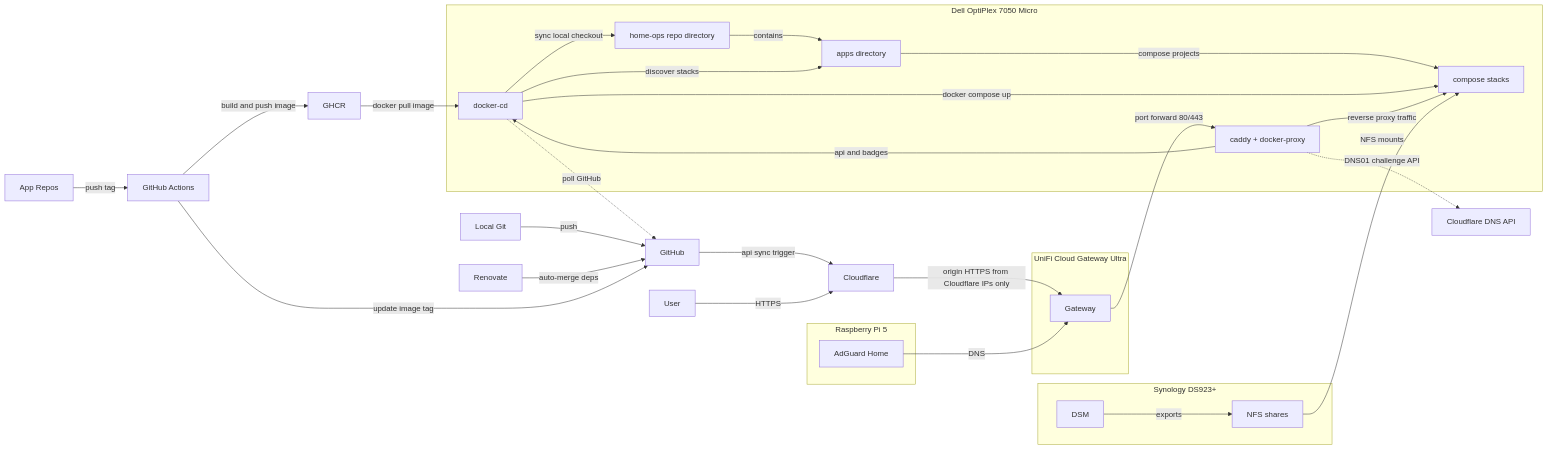
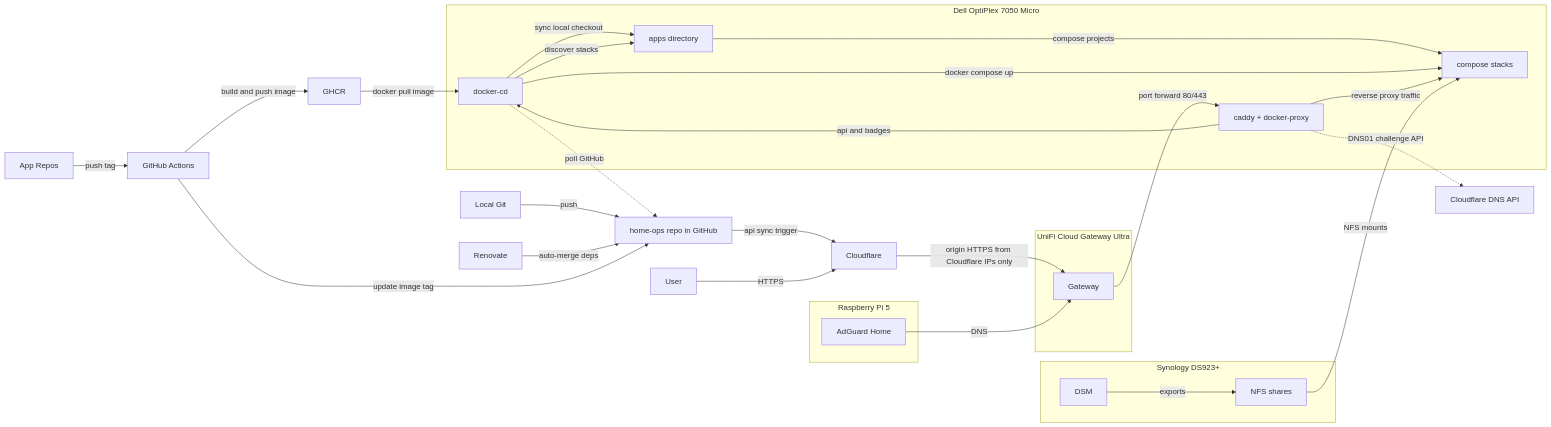
The diagram in README.md (wajeht/home-ops), drawn with Mermaid before and after one commit.

Commit message:
docs: update architecture diagram to clarify data flow

````diff
--- a/README.md
+++ b/README.md
@@ -16,48 +16,46 @@
 ```mermaid
 flowchart LR
     subgraph dell[Dell OptiPlex 7050 Micro]
         docker_cd[docker-cd]
         caddy[caddy + docker-proxy]
-        home_ops_dir[home-ops repo directory]
         apps_dir[apps directory]
         stacks[compose stacks]
     end
 
     subgraph pi[Raspberry Pi 5]
         adguard[AdGuard Home]
     end
 
     subgraph synology[Synology DS923+]
         nas_dsm[DSM]
         nas_nfs[NFS shares]
     end
 
     subgraph unifi_hw[UniFi Cloud Gateway Ultra]
         unifi[Gateway]
     end
 
-    local_git[Local Git] -->|push| github[GitHub]
+    local_git[Local Git] -->|push| home_ops_repo[home-ops repo in GitHub]
     app_repo[App Repos] -->|push tag| actions[GitHub Actions]
-    renovate[Renovate] -->|auto-merge deps| github
+    renovate[Renovate] -->|auto-merge deps| home_ops_repo
     actions -->|build and push image| ghcr[GHCR]
-    actions -->|update image tag| github
+    actions -->|update image tag| home_ops_repo
     ghcr -->|docker pull image| docker_cd
-    docker_cd -.->|poll GitHub| github
-    github -->|api sync trigger| cloudflare[Cloudflare]
+    docker_cd -.->|poll GitHub| home_ops_repo
+    home_ops_repo -->|api sync trigger| cloudflare[Cloudflare]
 
     user[User] -->|HTTPS| cloudflare
     cloudflare -->|origin HTTPS from Cloudflare IPs only| unifi
     adguard -->|DNS| unifi
 
-    docker_cd -->|sync local checkout| home_ops_dir
-    home_ops_dir -->|contains| apps_dir
+    docker_cd -->|sync local checkout| apps_dir
     docker_cd -->|discover stacks| apps_dir
     apps_dir -->|compose projects| stacks
     docker_cd -->|docker compose up| stacks
     caddy -->|reverse proxy traffic| stacks
     caddy -->|api and badges| docker_cd
     unifi -->|port forward 80/443| caddy
     caddy -.->|DNS01 challenge API| cloudflare_dns[Cloudflare DNS API]
     nas_dsm -->|exports| nas_nfs
     nas_nfs -->|NFS mounts| stacks
 ```
````
